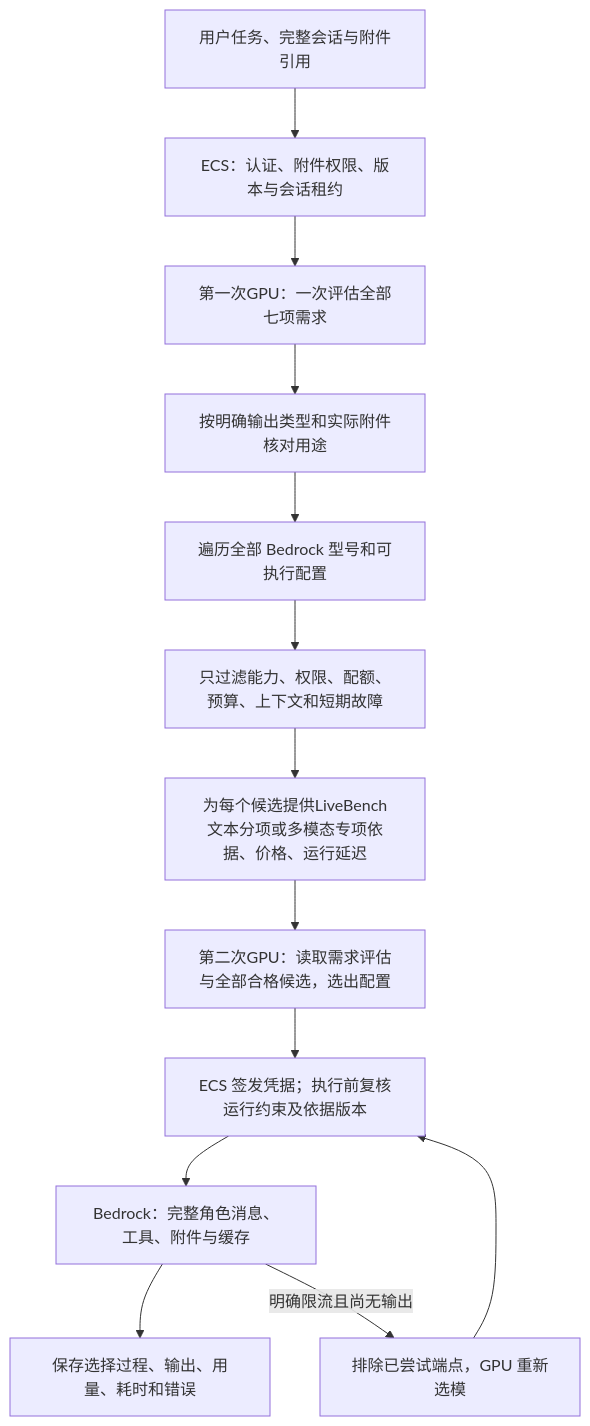
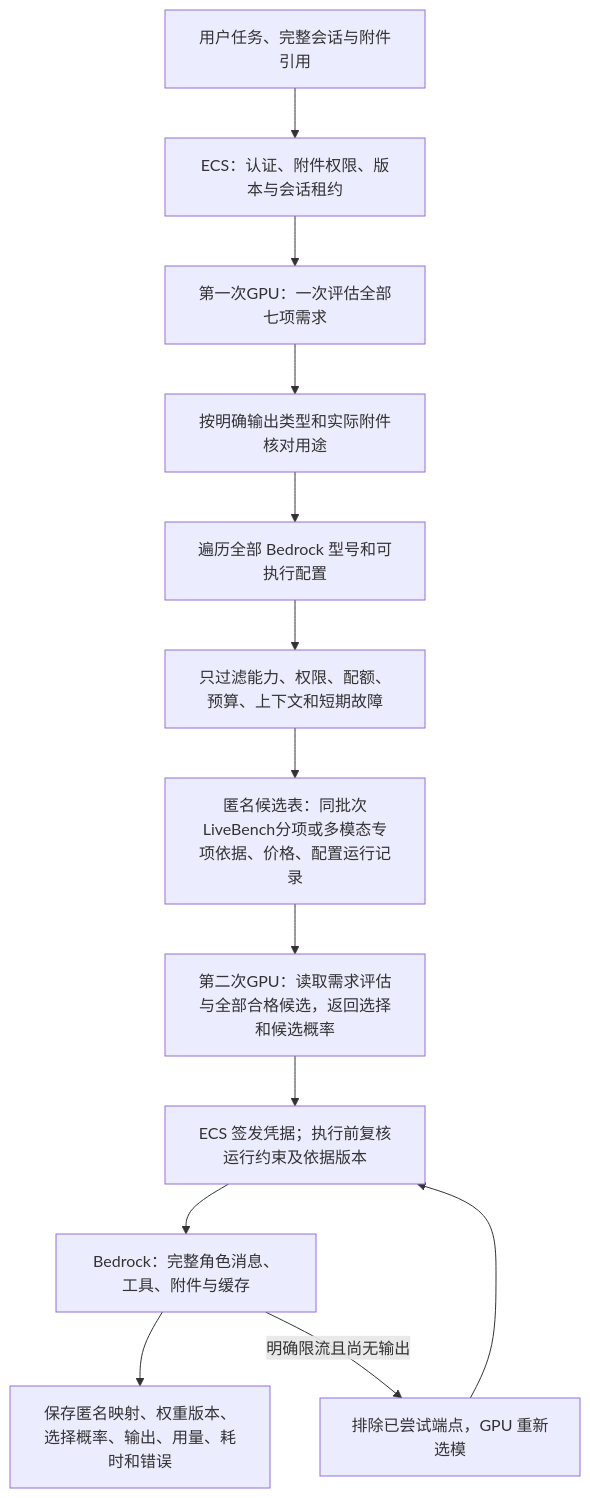
One commit to milan9527/DeciderModelRouter changed the diagram in docs/BEDROCK_CLASSIFIED_ROUTING.zh.md. Above: the diagram before and after it, drawn with Mermaid. The commit also changed other lines of this file and 396 other files, not shown here.

````diff
--- a/docs/BEDROCK_CLASSIFIED_ROUTING.zh.md
+++ b/docs/BEDROCK_CLASSIFIED_ROUTING.zh.md
@@ -11,15 +11,15 @@
 ```mermaid
 flowchart TD
     A[用户任务、完整会话与附件引用] --> B[ECS：认证、附件权限、版本与会话租约]
     B --> C[第一次GPU：一次评估全部七项需求]
     C --> D[按明确输出类型和实际附件核对用途]
     D --> E[遍历全部 Bedrock 型号和可执行配置]
     E --> F[只过滤能力、权限、配额、预算、上下文和短期故障]
-    F --> G[为每个候选提供LiveBench文本分项或多模态专项依据、价格、运行延迟]
-    G --> I[第二次GPU：读取需求评估与全部合格候选，选出配置]
+    F --> G[匿名候选表：同批次LiveBench分项或多模态专项依据、价格、配置运行记录]
+    G --> I[第二次GPU：读取需求评估与全部合格候选，返回选择和候选概率]
     I --> J[ECS 签发凭据；执行前复核运行约束及依据版本]
     J --> K[Bedrock：完整角色消息、工具、附件与缓存]
-    K --> L[保存选择过程、输出、用量、耗时和错误]
+    K --> L[保存匿名映射、权重版本、选择概率、输出、用量、耗时和错误]
     K -->|明确限流且尚无输出| M[排除已尝试端点，GPU 重新选模]
     M --> J
 ```
````
